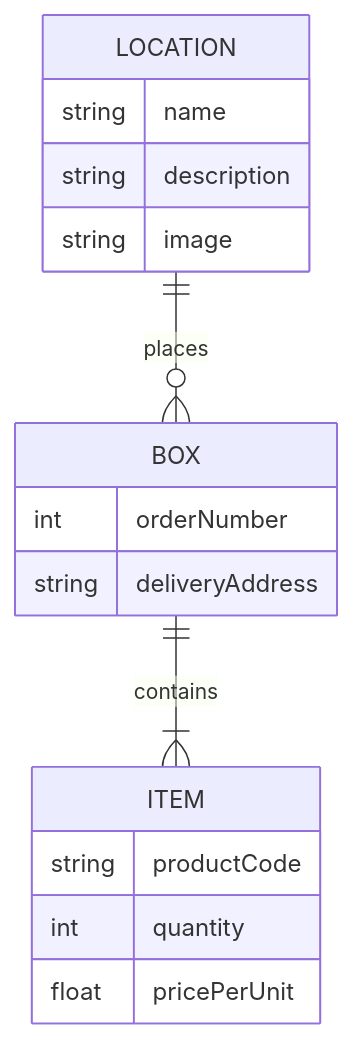
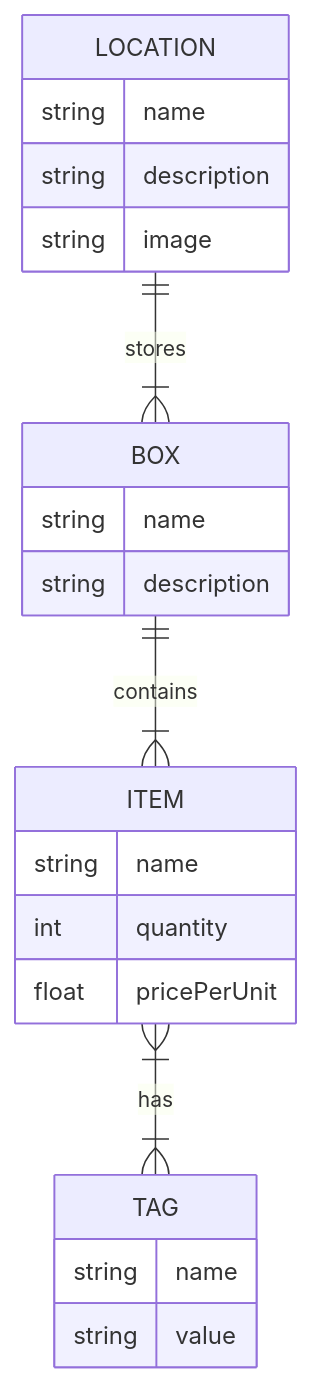
One commit to Storganizer/api changed the second of 2 diagrams in README.md. Above: the diagram before and after it, drawn with Mermaid.

Commit message:
Should represend the table pretty well

````diff
--- a/README.md
+++ b/README.md
@@ -21,19 +21,29 @@
 ```mermaid
 erDiagram
-    LOCATION ||--o{ BOX : places
     LOCATION {
         string name
         string description
         string image
     }
+    LOCATION ||--|{ BOX : stores
+
+    
+    BOX {
+        string name
+        string description
+    }
     BOX ||--|{ ITEM : contains
-    BOX {
-        int orderNumber
-        string deliveryAddress
-    }
+
+
     ITEM {
-        string productCode
+        string name
         int quantity
         float pricePerUnit
     }
+    ITEM }|--|{ TAG : has
+
+    TAG {
+        string name
+        string value
+    }
 ```
````
